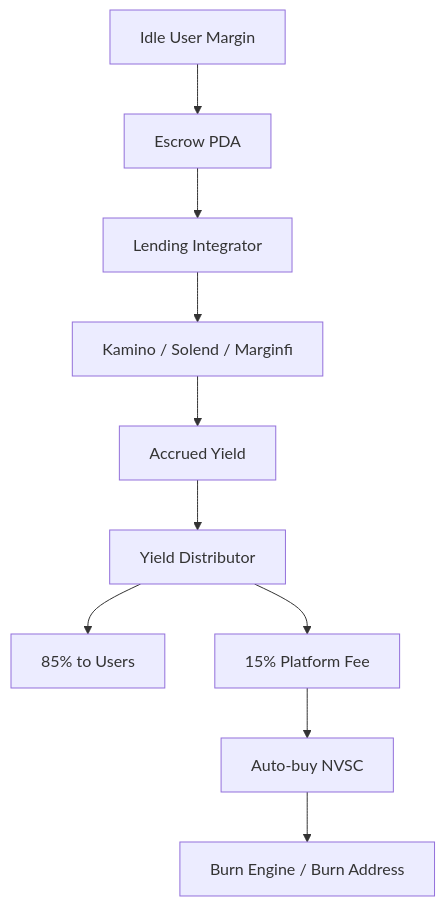
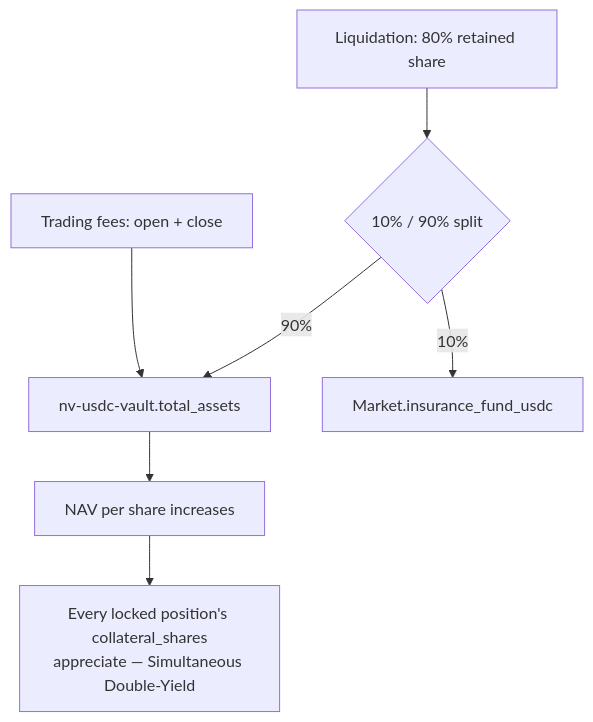
One commit to KezzyNgotho/noviscia-protocol changed the third of 4 diagrams in docs/SYSTEM_DIAGRAMS.md. Above: the diagram before and after it, drawn with Mermaid. The commit also changed other lines of this file and 16 other files, not shown here.

````diff
--- a/docs/SYSTEM_DIAGRAMS.md
+++ b/docs/SYSTEM_DIAGRAMS.md
@@ -68,12 +50,9 @@
 ```mermaid
 flowchart TD
-  A[Idle User Margin] --> B[Escrow PDA]
-  B --> C[Lending Integrator]
-  C --> D[Kamino / Solend / Marginfi]
-  D --> E[Accrued Yield]
-  E --> F[Yield Distributor]
-  F --> G[85% to Users]
-  F --> H[15% Platform Fee]
-  H --> I[Auto-buy NVSC]
-  I --> J[Burn Engine / Burn Address]
+  A[Trading fees: open + close] --> D[nv-usdc-vault.total_assets]
+  B[Liquidation: 80% retained share] --> E{10% / 90% split}
+  E -->|10%| F[Market.insurance_fund_usdc]
+  E -->|90%| D
+  D --> G[NAV per share increases]
+  G --> H[Every locked position's collateral_shares\nappreciate — Simultaneous Double-Yield]
 ```
````
